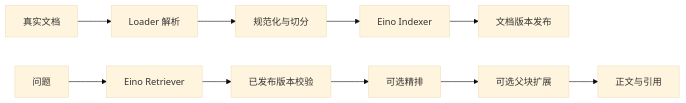
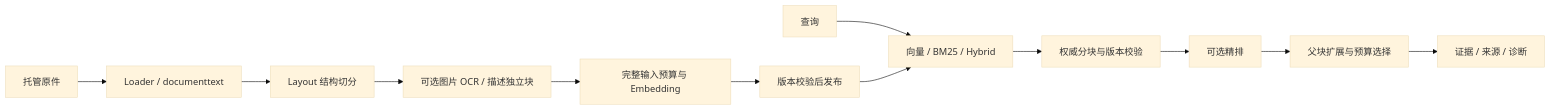
Before and after one commit to sda1-hacker/humbert-agent: the diagram in internal/rag/README.md, drawn with Mermaid (base theme). The commit also changed other lines of this file and 54 other files, not shown here.

````diff
--- a/internal/rag/README.md
+++ b/internal/rag/README.md
@@ -22,12 +26,14 @@
 ```mermaid
 flowchart LR
-    File[真实文档] --> Load[Loader 解析]
-    Load --> Split[规范化与切分]
-    Split --> Index[Eino Indexer]
-    Index --> Publish[文档版本发布]
-    Query[问题] --> Recall[Eino Retriever]
-    Recall --> Visible[已发布版本校验]
-    Visible --> Rank[可选精排]
-    Rank --> Parent[可选父块扩展]
-    Parent --> Result[正文与引用]
+  File[托管原件] --> Parse[Loader / documenttext]
+  Parse --> Split[Layout 结构切分]
+  Split --> Images[可选图片 OCR / 描述独立块]
+  Images --> Embed[完整输入预算与 Embedding]
+  Embed --> Publish[版本校验后发布]
+  Query[查询] --> Recall[向量 / BM25 / Hybrid]
+  Publish --> Recall
+  Recall --> Check[权威分块与版本校验]
+  Check --> Rank[可选精排]
+  Rank --> Context[父块扩展与预算选择]
+  Context --> Evidence[证据 / 来源 / 诊断]
 ```
````
